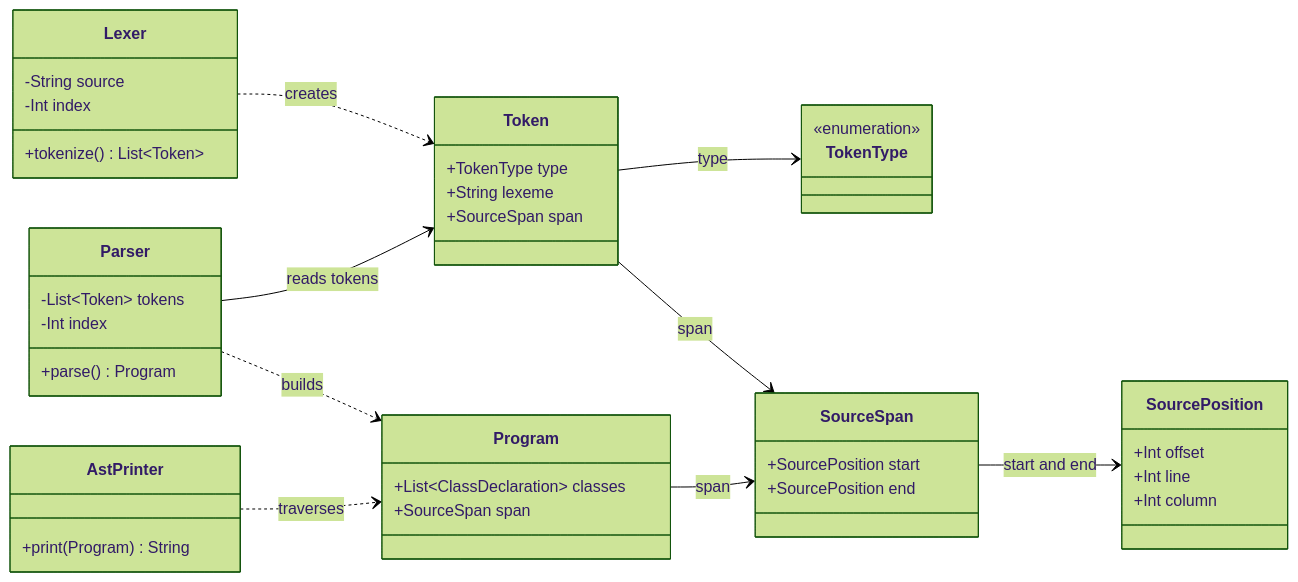
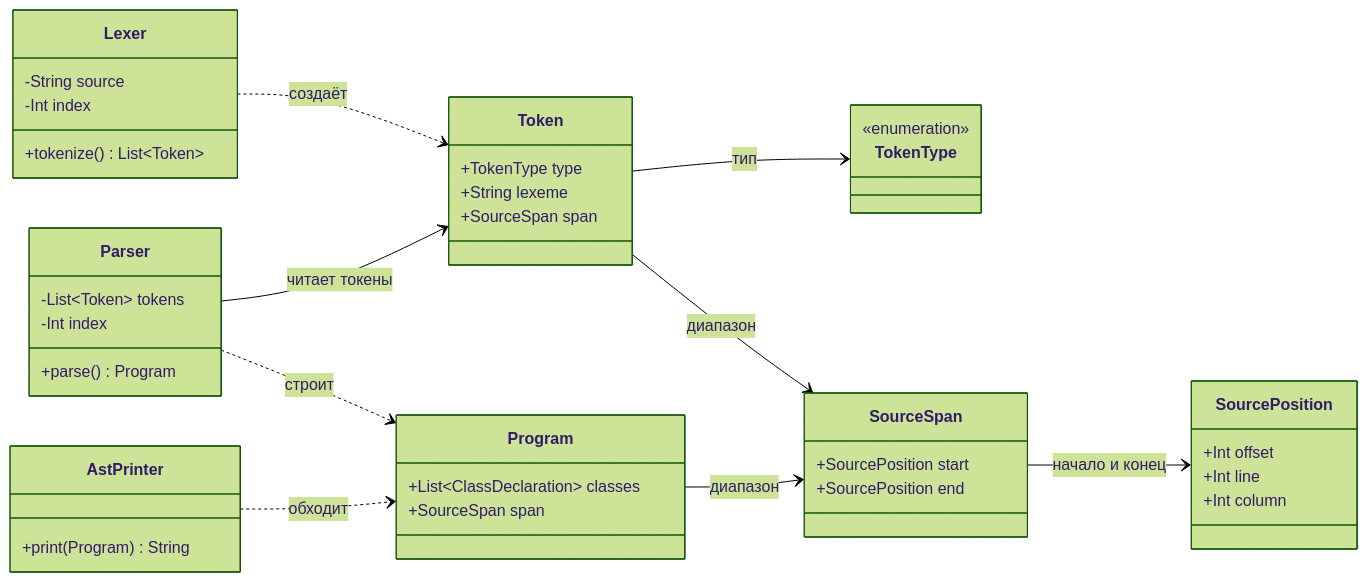
One commit to Compilers-Niiby/Compiler changed the second of 4 diagrams in README.md. Above: the diagram before and after it, drawn with Mermaid (forest theme). The commit also changed other lines of this file, not shown here.

````diff
--- a/README.md
+++ b/README.md
@@ -242,46 +242,46 @@
 ```mermaid
 classDiagram
     direction LR
     class Lexer {
         -String source
         -Int index
         +tokenize() List~Token~
     }
     class Parser {
         -List~Token~ tokens
         -Int index
         +parse() Program
     }
     class Token {
         +TokenType type
         +String lexeme
         +SourceSpan span
     }
     class TokenType {
         <<enumeration>>
     }
     class SourceSpan {
         +SourcePosition start
         +SourcePosition end
     }
     class SourcePosition {
         +Int offset
         +Int line
         +Int column
     }
     class Program {
         +List~ClassDeclaration~ classes
         +SourceSpan span
     }
     class AstPrinter {
         +print(Program) String
     }
-    Lexer ..> Token : creates
-    Parser --> Token : reads tokens
-    Token --> TokenType : type
-    Token --> SourceSpan : span
-    SourceSpan --> SourcePosition : start and end
-    Parser ..> Program : builds
-    Program --> SourceSpan : span
-    AstPrinter ..> Program : traverses
+    Lexer ..> Token : создаёт
+    Parser --> Token : читает токены
+    Token --> TokenType : тип
+    Token --> SourceSpan : диапазон
+    SourceSpan --> SourcePosition : начало и конец
+    Parser ..> Program : строит
+    Program --> SourceSpan : диапазон
+    AstPrinter ..> Program : обходит
 ```
````
